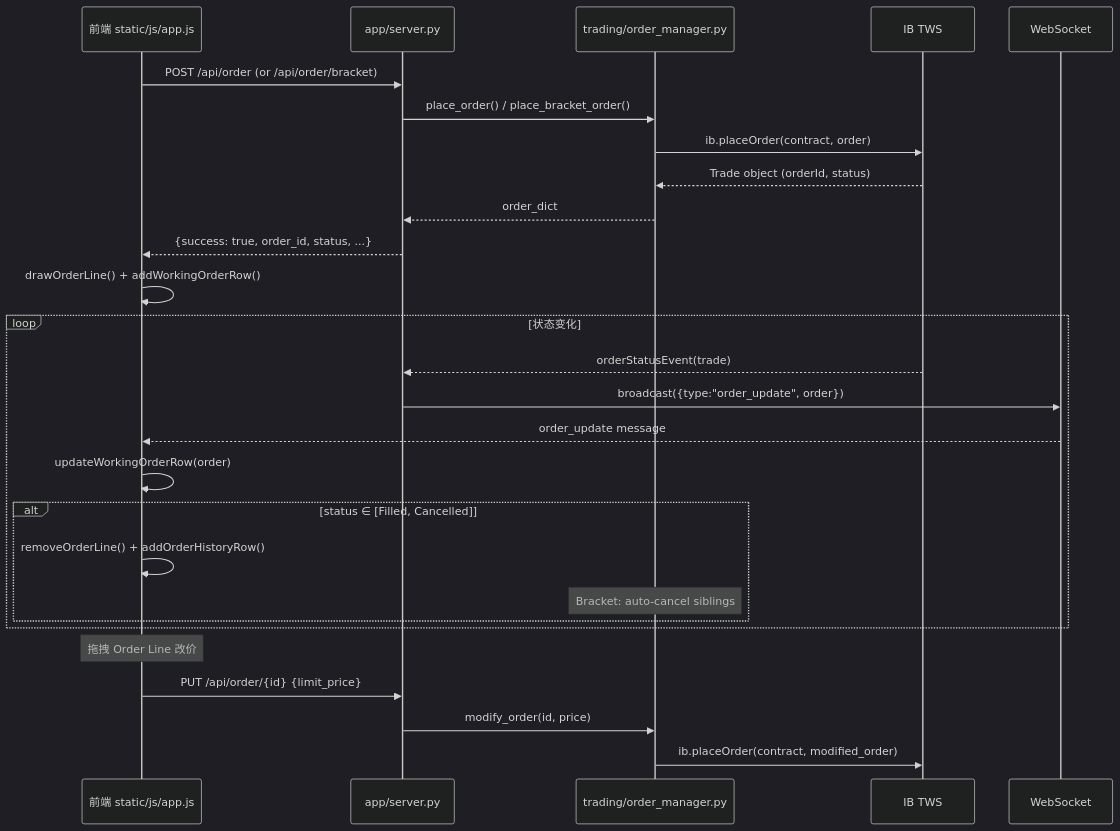
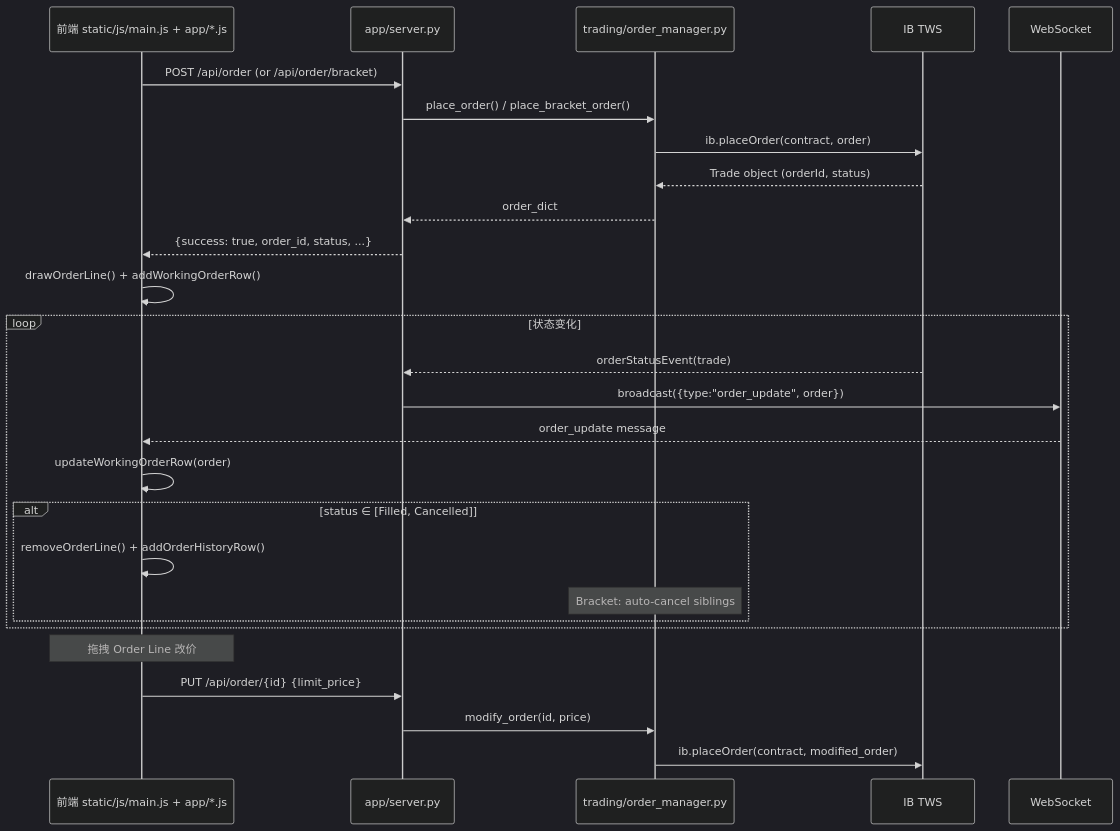
One commit to ditto0907/TradeDev changed the sixth of 7 diagrams in priceaction/README.md. Above: the diagram before and after it, drawn with Mermaid (dark theme). The commit also changed other lines of this file and 28 other files, not shown here.

````diff
--- a/priceaction/README.md
+++ b/priceaction/README.md
@@ -460,32 +460,32 @@
 ```mermaid
 sequenceDiagram
-    participant UI as 前端 static/js/app.js
+    participant UI as 前端 static/js/main.js + app/*.js
     participant SRV as app/server.py
     participant OM as trading/order_manager.py
     participant TWS as IB TWS
     participant WS as WebSocket
 
     UI->>SRV: POST /api/order (or /api/order/bracket)
     SRV->>OM: place_order() / place_bracket_order()
     OM->>TWS: ib.placeOrder(contract, order)
     TWS-->>OM: Trade object (orderId, status)
     OM-->>SRV: order_dict
     SRV-->>UI: {success: true, order_id, status, ...}
     UI->>UI: drawOrderLine() + addWorkingOrderRow()
 
     loop 状态变化
         TWS-->>SRV: orderStatusEvent(trade)
         SRV->>WS: broadcast({type:"order_update", order})
         WS-->>UI: order_update message
         UI->>UI: updateWorkingOrderRow(order)
         alt status ∈ [Filled, Cancelled]
             UI->>UI: removeOrderLine() + addOrderHistoryRow()
             Note over OM: Bracket: auto-cancel siblings
         end
     end
 
     Note over UI: 拖拽 Order Line 改价
     UI->>SRV: PUT /api/order/{id} {limit_price}
     SRV->>OM: modify_order(id, price)
     OM->>TWS: ib.placeOrder(contract, modified_order)
 ```
````
